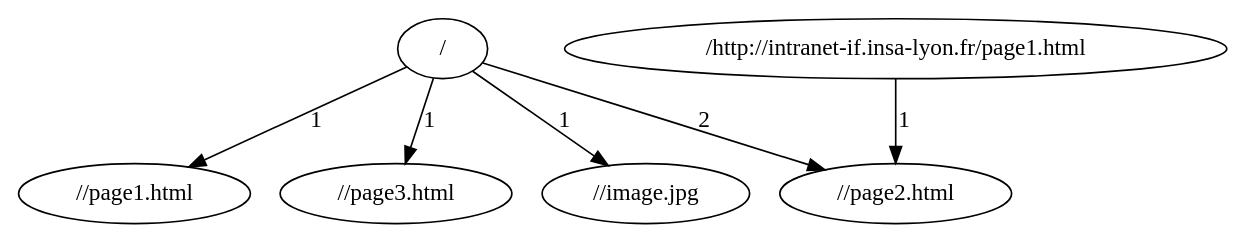
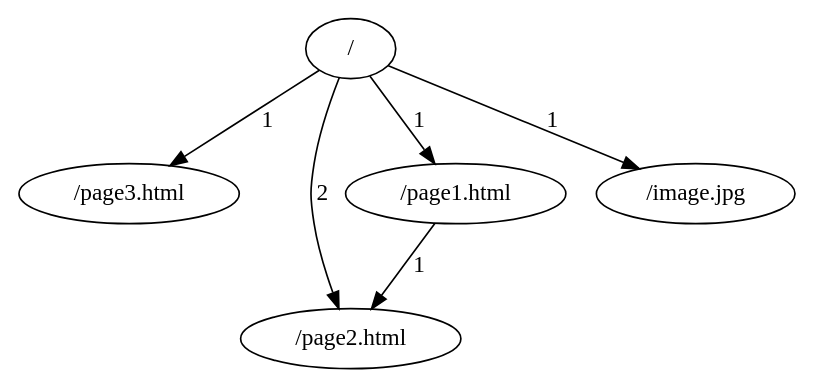
Before and after one commit to Mysticboi/TP4_CPP: the diagram in bin/bad.dot, drawn with Graphviz. The commit also changed 54 other files, not shown here.

```diff
--- a/bin/bad.dot
+++ b/bin/bad.dot
@@ -1,13 +1,12 @@
 digraph {
-node0 [label="//image.jpg"];
+node0 [label="/page3.html"];
 node1 [label="/ "];
-node2 [label="//page3.html"];
-node3 [label="//page2.html"];
-node4 [label="/http://intranet-if.insa-lyon.fr/page1.html"];
-node5 [label="//page1.html"];
+node2 [label="/page2.html"];
+node3 [label="/page1.html"];
+node4 [label="/image.jpg"];
 node1 -> node0 [label="1"];
-node1 -> node2 [label="1"];
-node4 -> node3 [label="1"];
-node1 -> node3 [label="2"];
-node1 -> node5 [label="1"];
+node3 -> node2 [label="1"];
+node1 -> node2 [label="2"];
+node1 -> node4 [label="1"];
+node1 -> node3 [label="1"];
 }
```
